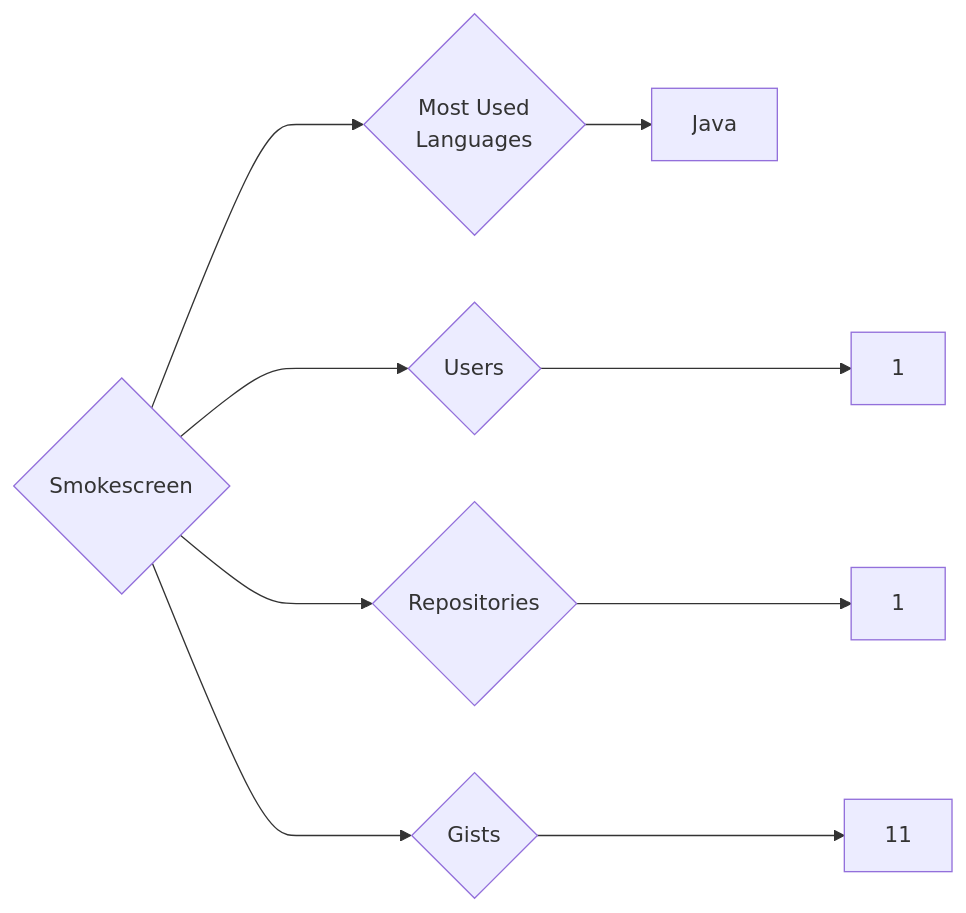
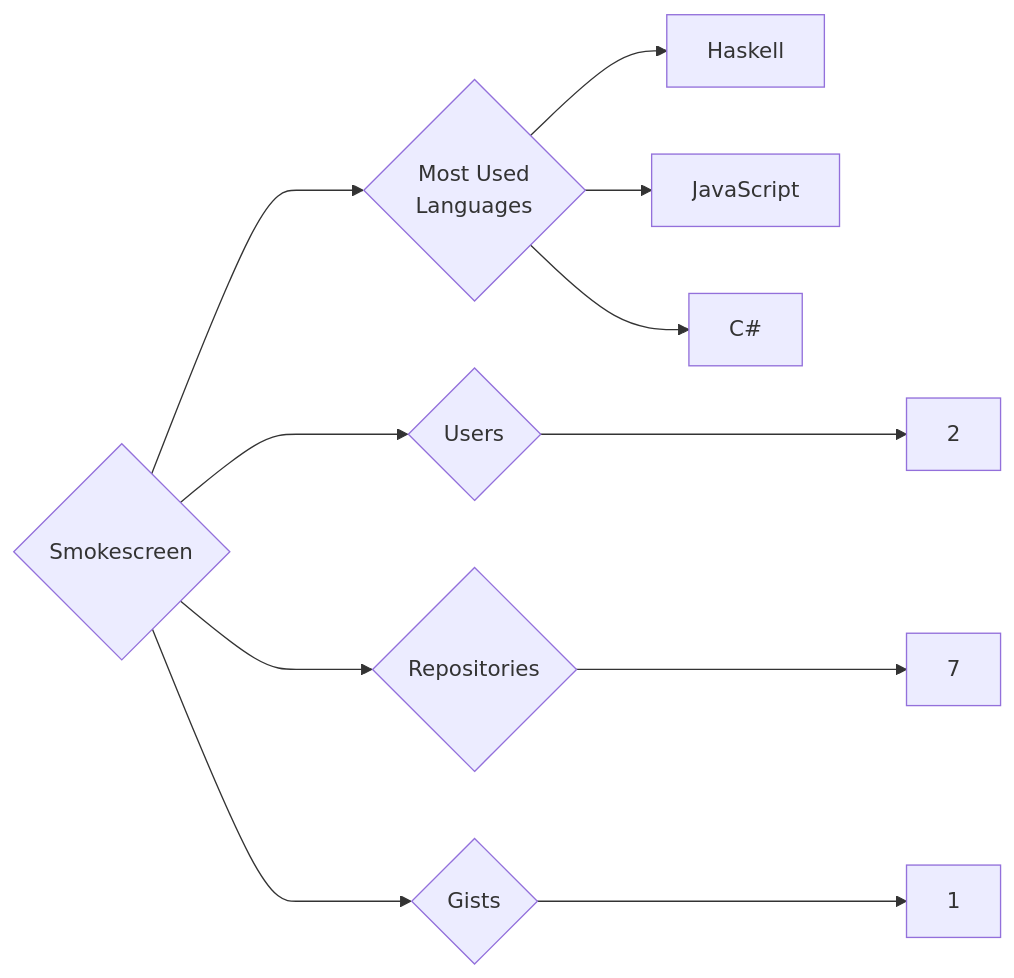
Before and after one commit to trickest/insiders: the diagram in targets/Smokescreen/README.md, drawn with Mermaid. The commit also changed 878 other files, not shown here.

````diff
--- a/targets/Smokescreen/README.md
+++ b/targets/Smokescreen/README.md
@@ -3,9 +3,11 @@
 ```mermaid
 graph LR
 COMPANY_NAME{Smokescreen}
-COMPANY_NAME ---> U{Users} ---> UN[1]
-COMPANY_NAME ---> R{Repositories} ---> RN[1]
-COMPANY_NAME ---> G{Gists} ---> GN[11]
+COMPANY_NAME ---> U{Users} ---> UN[2]
+COMPANY_NAME ---> R{Repositories} ---> RN[7]
+COMPANY_NAME ---> G{Gists} ---> GN[1]
 COMPANY_NAME ---> ML{Most Used<br>Languages}
-ML --> Java[Java]
+ML --> Haskell[Haskell]
+ML --> JavaScript[JavaScript]
+ML --> C#[C#]
 ```
````
